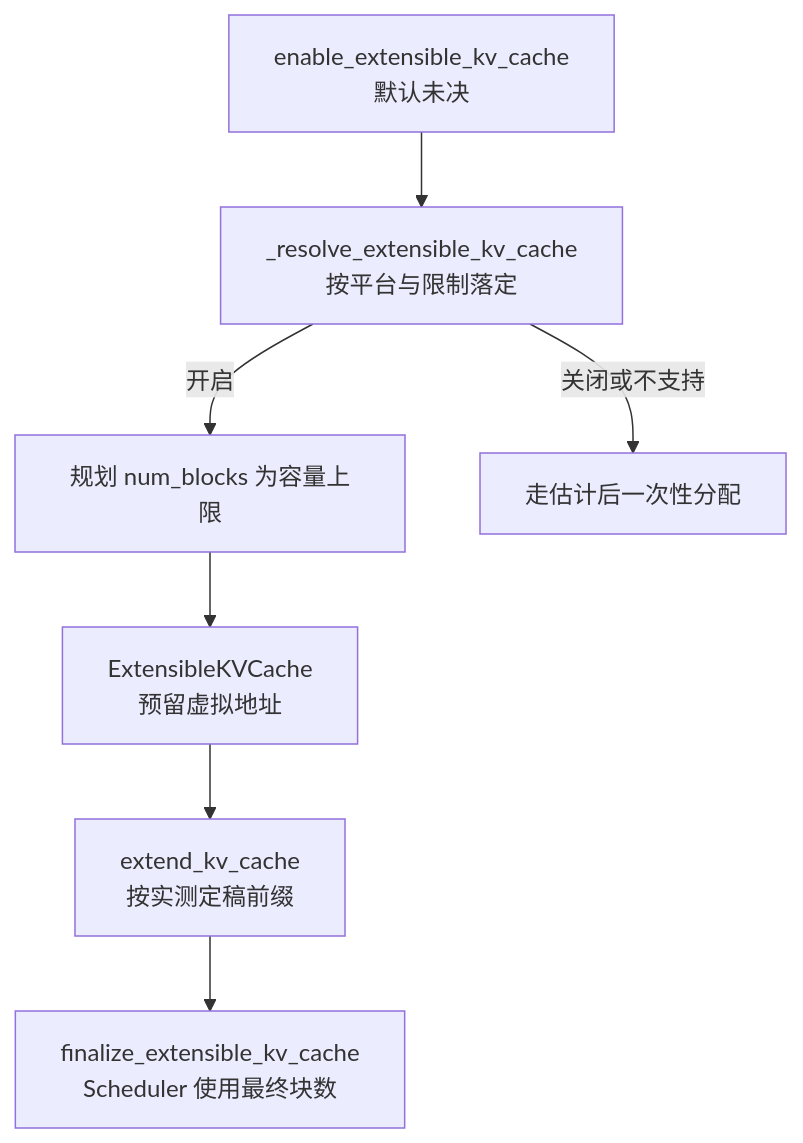
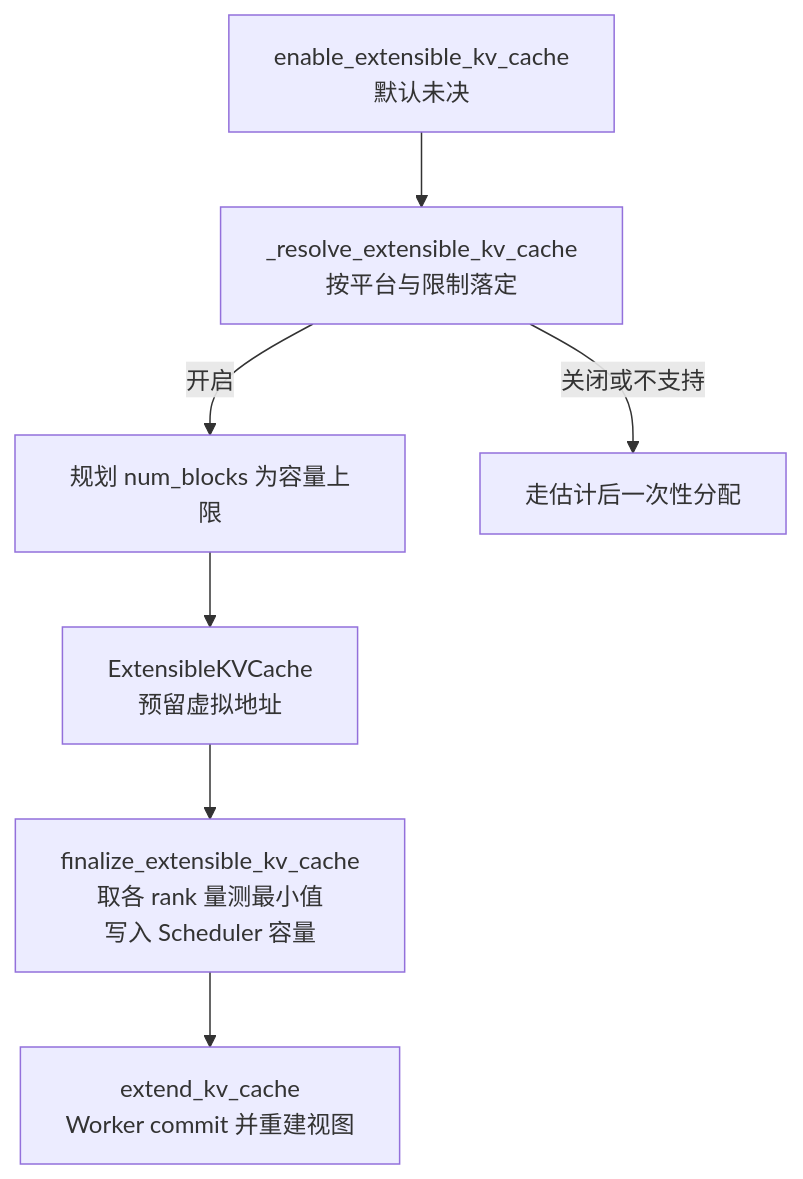
One commit to cluster1900/vllm_reader changed diagram 12 of 33 in book/05-kv-cache/README.md. Above: the diagram before and after it, drawn with Mermaid. The commit also changed other lines of this file and 4 other files, not shown here.

First line of the commit message:
docs(ch05): 限定 block-size 为配置默认，并纠正 Extensible KV 先 finalize 后 extend（bot-hub#127）

````diff
--- a/book/05-kv-cache/README.md
+++ b/book/05-kv-cache/README.md
@@ -742,9 +760,9 @@
 ```mermaid
 flowchart TB
     EN[enable_extensible_kv_cache<br/>默认未决] --> RES["_resolve_extensible_kv_cache<br/>按平台与限制落定"]
     RES -->|开启| PLAN[规划 num_blocks 为容量上限]
     PLAN --> ALLOC[ExtensibleKVCache<br/>预留虚拟地址]
-    ALLOC --> EXT[extend_kv_cache<br/>按实测定稿前缀]
-    EXT --> FIN[finalize_extensible_kv_cache<br/>Scheduler 使用最终块数]
+    ALLOC --> FIN[finalize_extensible_kv_cache<br/>取各 rank 量测最小值<br/>写入 Scheduler 容量]
+    FIN --> EXT[extend_kv_cache<br/>Worker commit 并重建视图]
     RES -->|关闭或不支持| OLD[走估计后一次性分配]
 ```
````
